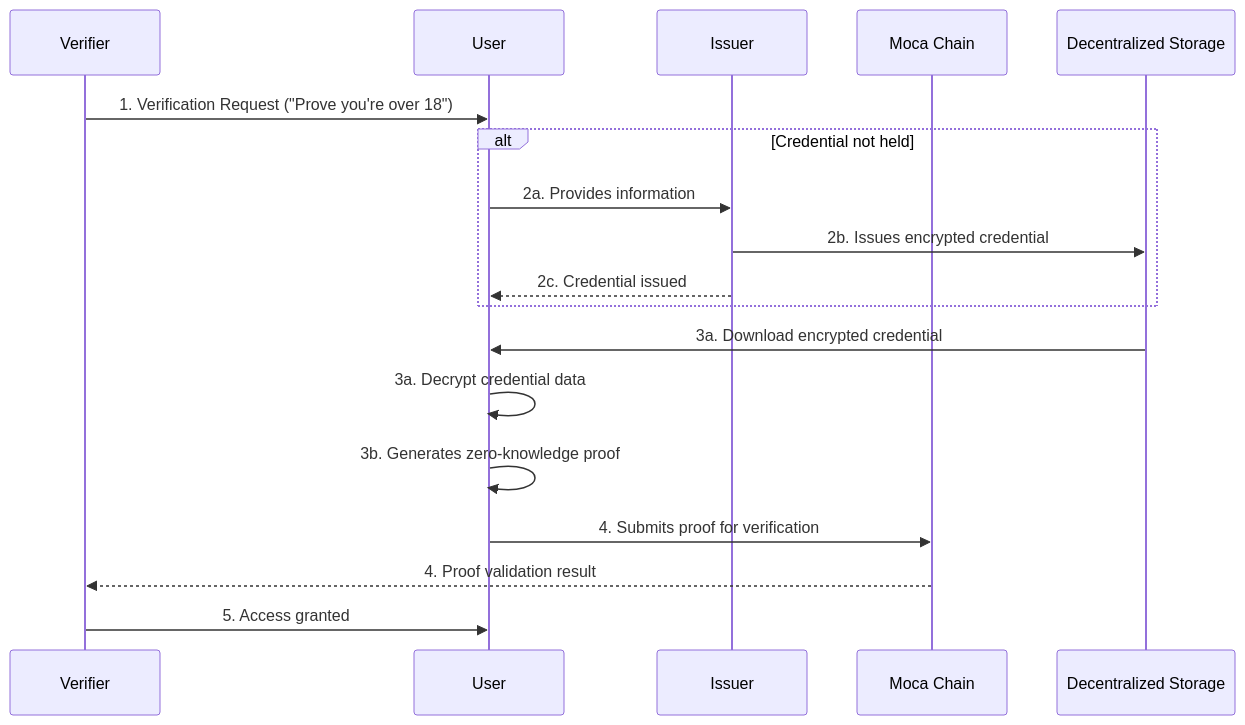
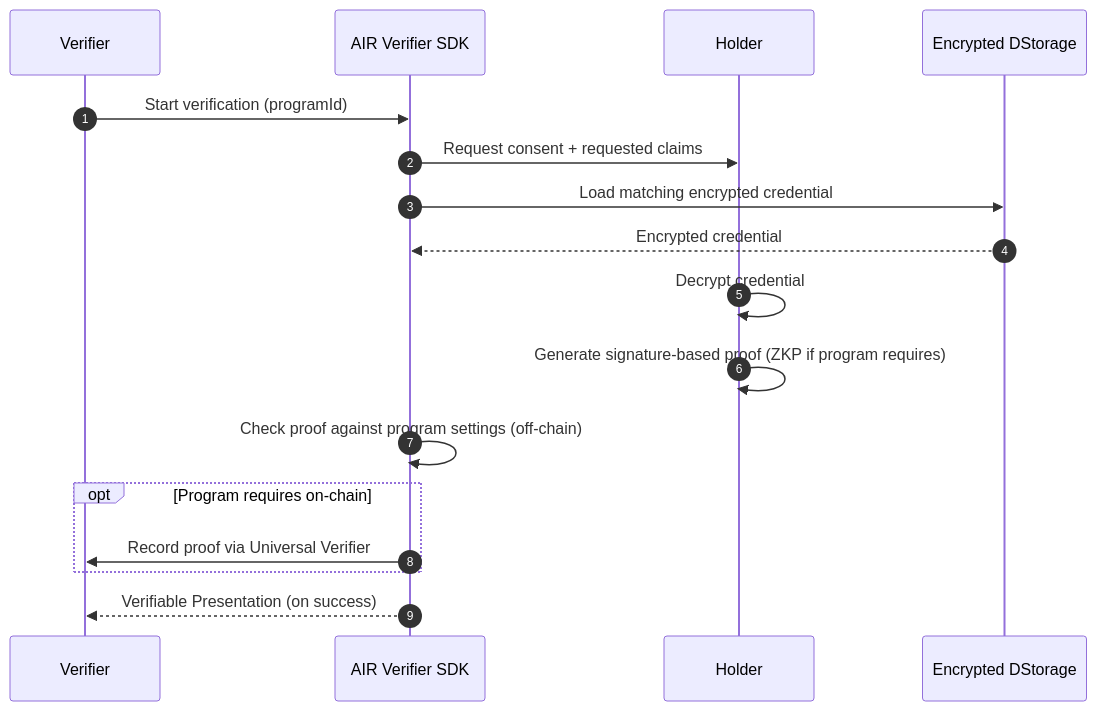
One commit to MocaNetwork/docs changed the diagram in airkit/usage/credential/verify.mdx. Above: the diagram before and after it, drawn with Mermaid. The commit also changed other lines of this file and 41 other files, not shown here.

First line of the commit message:
Upgrade docs for signature-based, issuer-sovereign architecture (#22)

````diff
--- a/airkit/usage/credential/verify.mdx
+++ b/airkit/usage/credential/verify.mdx
@@ -18,21 +16,19 @@
 ```mermaid
 sequenceDiagram
+    autonumber
     participant Verifier
-    participant User
-    participant Issuer
-    participant Moca Chain
-    participant Decentralized Storage
-
-    Verifier->>User: 1. Verification Request ("Prove you're over 18")
-    alt Credential not held
-        User->>Issuer: 2a. Provides information
-        Issuer->>Decentralized Storage: 2b. Issues encrypted credential
-        Issuer-->>User: 2c. Credential issued
+    participant SDK as AIR Verifier SDK
+    participant User as Holder
+    participant DS as Encrypted DStorage
+    Verifier->>SDK: Start verification (programId)
+    SDK->>User: Request consent + requested claims
+    SDK->>DS: Load matching encrypted credential
+    DS-->>SDK: Encrypted credential
+    User->>User: Decrypt credential
+    User->>User: Generate signature-based proof (ZKP if program requires)
+    SDK->>SDK: Check proof against program settings (off-chain)
+    opt Program requires on-chain
+        SDK->>Verifier: Record proof via Universal Verifier
     end
-    Decentralized Storage->>User: 3a. Download encrypted credential
-    User->>User: 3a. Decrypt credential data
-    User->>User: 3b. Generates zero-knowledge proof
-    User->>Moca Chain: 4. Submits proof for verification
-    Moca Chain-->>Verifier: 4. Proof validation result
-    Verifier->>User: 5. Access granted
+    SDK-->>Verifier: Verifiable Presentation (on success)
 ```
````
